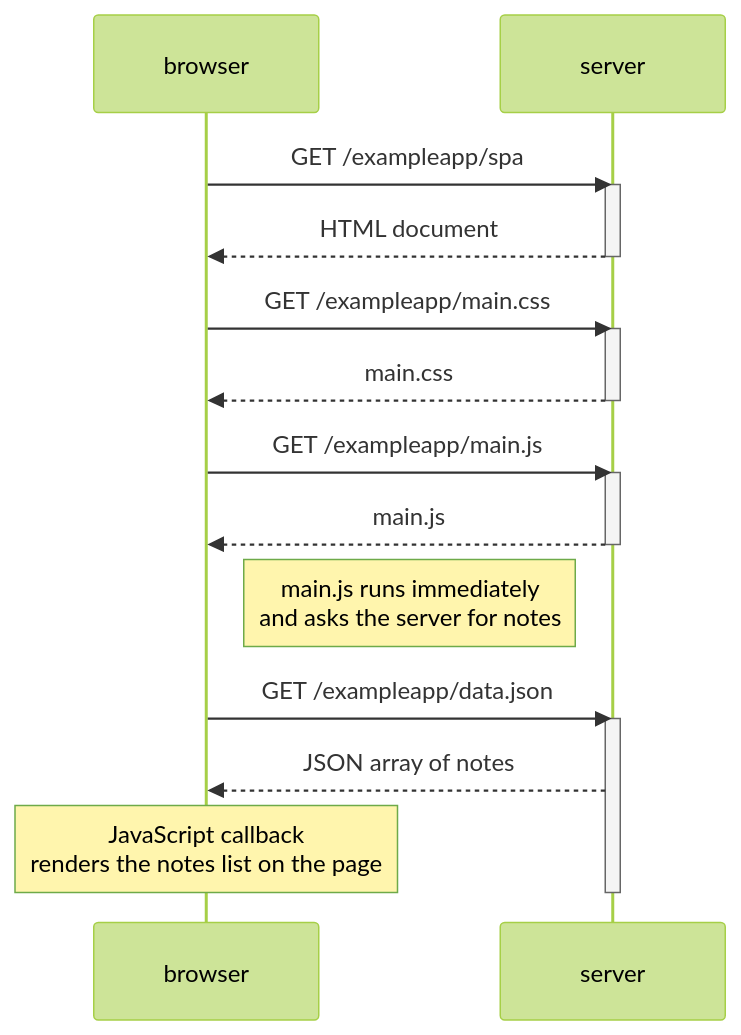
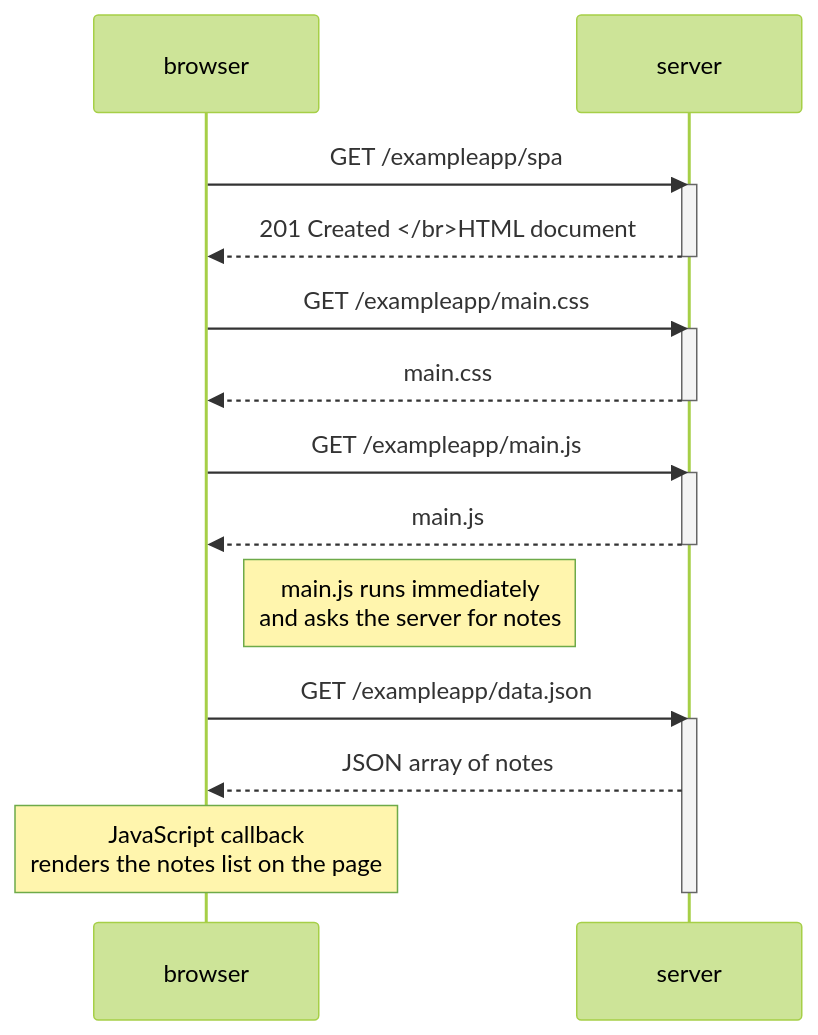
Before and after one commit to shermszz/FullStackOpen: the diagram in ex0.5_diagrams.md, drawn with Mermaid (forest theme).

Commit message:
added 201 Created

````diff
--- a/ex0.5_diagrams.md
+++ b/ex0.5_diagrams.md
@@ -1,30 +1,30 @@
 ```mermaid
 sequenceDiagram
     participant browser
     participant server
 
     %% 1 – INITIAL PAGE REQUEST
     browser->>server: GET /exampleapp/spa
     activate server
-    server-->>browser: HTML document
+    server-->>browser: 201 Created </br>HTML document
     deactivate server
 
     %% 2 – STATIC ASSETS FOR THE SPA SHELL
     browser->>server: GET /exampleapp/main.css
     activate server
     server-->>browser: main.css
     deactivate server
 
     browser->>server: GET /exampleapp/main.js
     activate server
     server-->>browser: main.js
     deactivate server
 
     %% 3 – SPA BOOTSTRAP: FETCH DATA
     Note right of browser: main.js runs immediately<br/>and asks the server for notes
     browser->>server: GET /exampleapp/data.json
     activate server
     server-->>browser: JSON array of notes
     Note over browser: JavaScript callback<br/>renders the notes list on the page
     deactivate server
 ```
````
